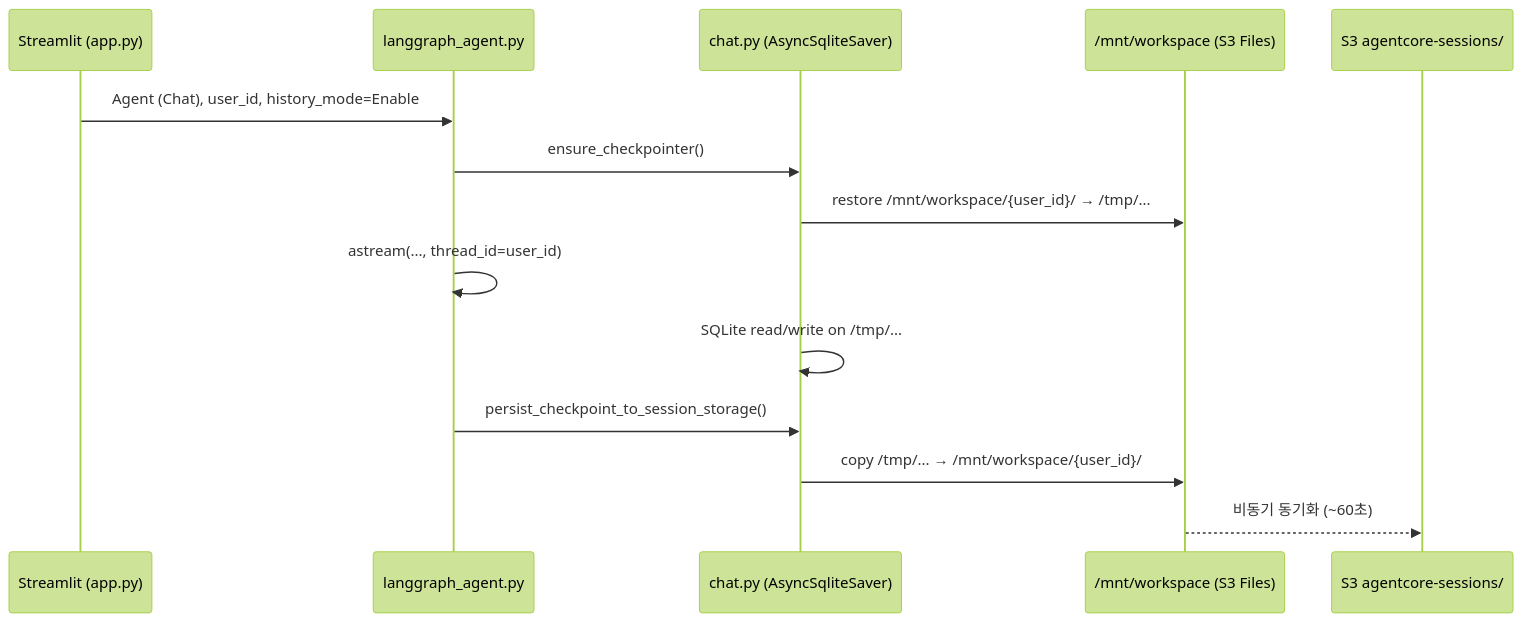
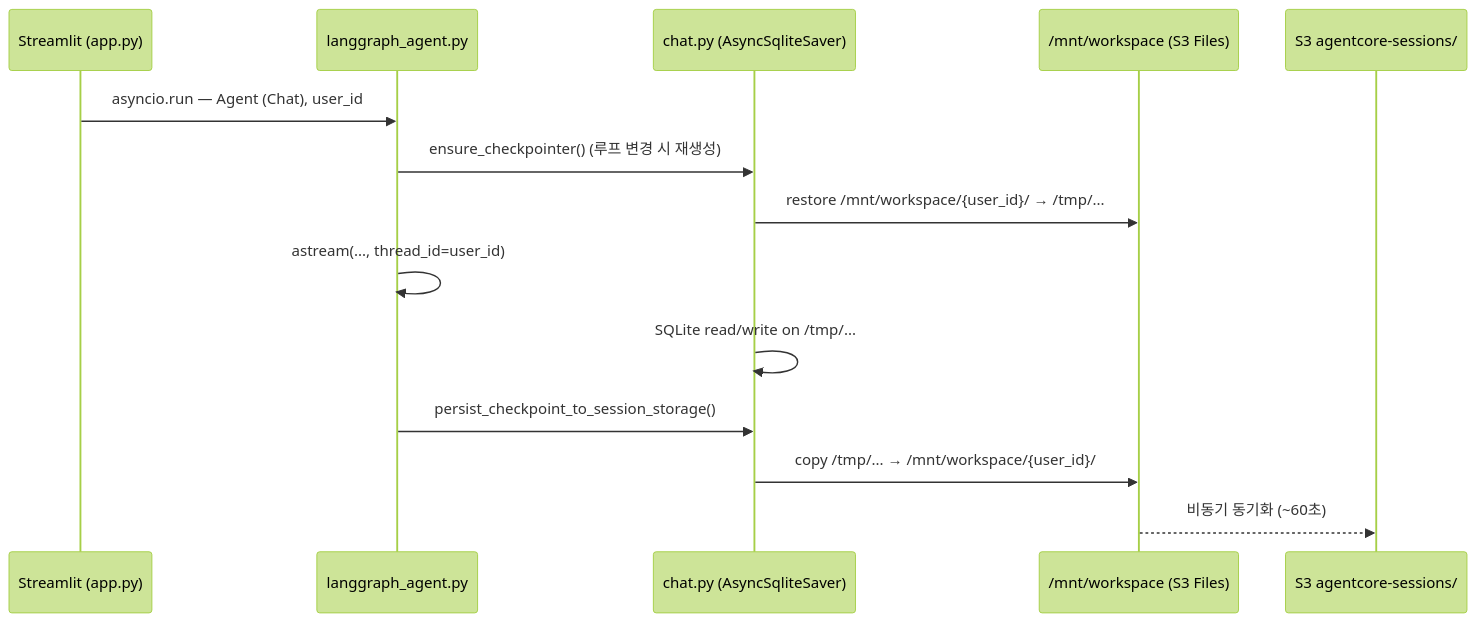
The first of 3 diagrams in README.md (kyopark2014/langgraph-ecs-project), drawn with Mermaid (forest theme) before and after one commit. The commit also changed other lines of this file, not shown here.

````diff
--- a/README.md
+++ b/README.md
@@ -337,17 +371,17 @@
 ```mermaid
 sequenceDiagram
     participant UI as Streamlit (app.py)
     participant LG as langgraph_agent.py
     participant CP as chat.py (AsyncSqliteSaver)
     participant WS as /mnt/workspace (S3 Files)
     participant S3 as S3 agentcore-sessions/
 
-    UI->>LG: Agent (Chat), user_id, history_mode=Enable
-    LG->>CP: ensure_checkpointer()
+    UI->>LG: asyncio.run — Agent (Chat), user_id
+    LG->>CP: ensure_checkpointer() (루프 변경 시 재생성)
     CP->>WS: restore /mnt/workspace/{user_id}/ → /tmp/...
     LG->>LG: astream(..., thread_id=user_id)
     CP->>CP: SQLite read/write on /tmp/...
     LG->>CP: persist_checkpoint_to_session_storage()
     CP->>WS: copy /tmp/... → /mnt/workspace/{user_id}/
     WS-->>S3: 비동기 동기화 (~60초)
 ```
````
